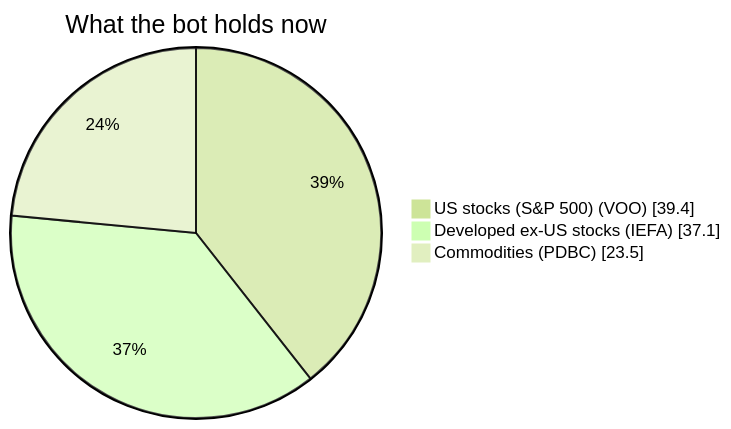
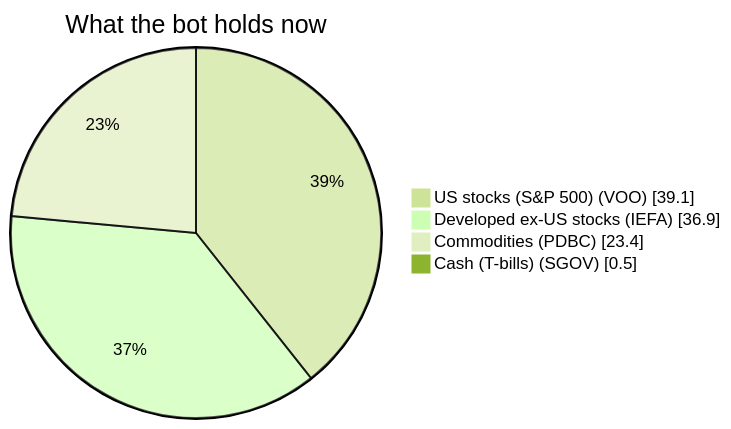
The diagram in 00 - Bot Dashboard.md (owlpowell50-creator/trading-bot), drawn with Mermaid (forest theme) before and after one commit. The commit also changed other lines of this file and 13 other files, not shown here.

````diff
--- a/00 - Bot Dashboard.md
+++ b/00 - Bot Dashboard.md
@@ -42,6 +43,7 @@
 ```mermaid
 pie showData title What the bot holds now
-    "US stocks (S&P 500) (VOO)" : 39.4
-    "Developed ex-US stocks (IEFA)" : 37.1
-    "Commodities (PDBC)" : 23.5
+    "US stocks (S&P 500) (VOO)" : 39.1
+    "Developed ex-US stocks (IEFA)" : 36.9
+    "Commodities (PDBC)" : 23.4
+    "Cash (T-bills) (SGOV)" : 0.5
 ```
````
